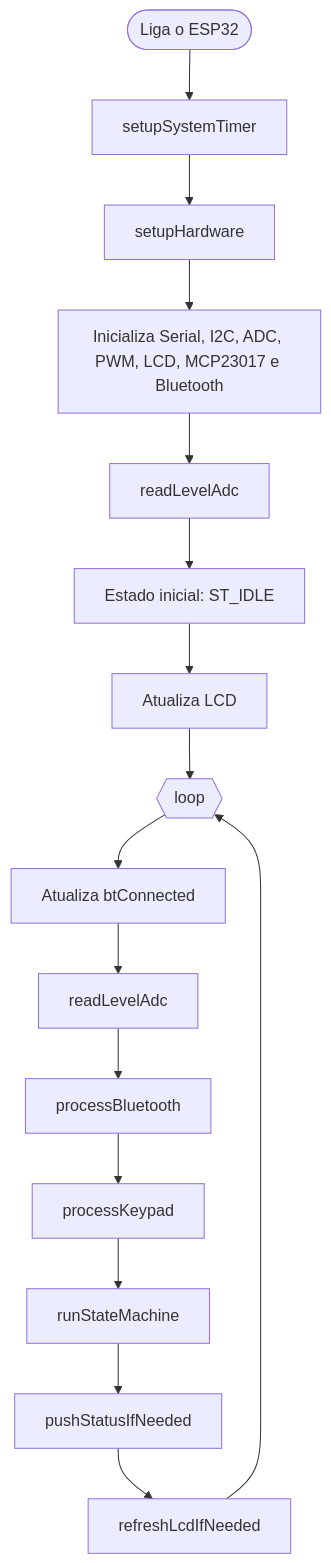
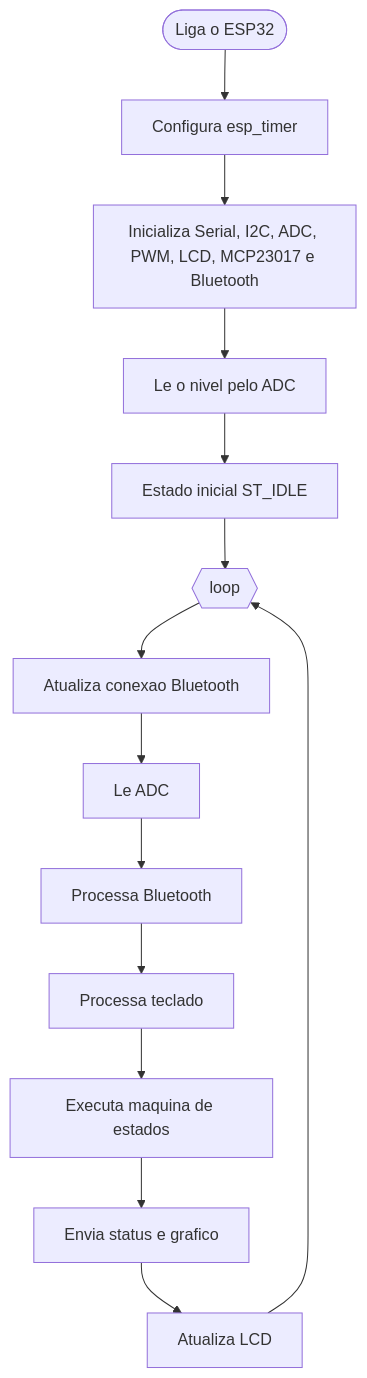
The first of 6 diagrams in Fluxograma.md (luciano-andrde/Projeto_Microcontroladores_Maquina), drawn with Mermaid before and after one commit. The commit also changed other lines of this file and 2 other files, not shown here.

````diff
--- a/Fluxograma.md
+++ b/Fluxograma.md
@@ -7,19 +7,17 @@
 ```mermaid
 flowchart TD
-  A([Liga o ESP32]) --> B[setupSystemTimer]
-  B --> C[setupHardware]
-  C --> C1[Inicializa Serial, I2C, ADC, PWM, LCD, MCP23017 e Bluetooth]
-  C1 --> D[readLevelAdc]
-  D --> E[Estado inicial: ST_IDLE]
-  E --> F[Atualiza LCD]
-  F --> G{{loop}}
+  A([Liga o ESP32]) --> B[Configura esp_timer]
+  B --> C[Inicializa Serial, I2C, ADC, PWM, LCD, MCP23017 e Bluetooth]
+  C --> D[Le o nivel pelo ADC]
+  D --> E[Estado inicial ST_IDLE]
+  E --> F{{loop}}
 
-  G --> H[Atualiza btConnected]
-  H --> I[readLevelAdc]
-  I --> J[processBluetooth]
-  J --> K[processKeypad]
-  K --> L[runStateMachine]
-  L --> M[pushStatusIfNeeded]
-  M --> N[refreshLcdIfNeeded]
-  N --> G
+  F --> G[Atualiza conexao Bluetooth]
+  G --> H[Le ADC]
+  H --> I[Processa Bluetooth]
+  I --> J[Processa teclado]
+  J --> K[Executa maquina de estados]
+  K --> L[Envia status e grafico]
+  L --> M[Atualiza LCD]
+  M --> F
 ```
````
